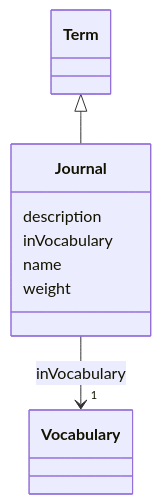
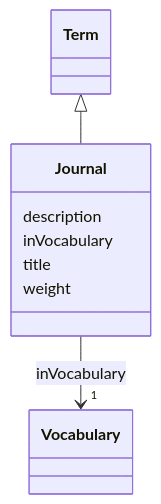
The diagram in models/docs/Journal.md (EVORA-project/evora-ontology), drawn with Mermaid before and after one commit. The commit also changed other lines of this file and 435 other files, not shown here.

````diff
--- a/models/docs/Journal.md
+++ b/models/docs/Journal.md
@@ -19,24 +19,24 @@
 ```mermaid
  classDiagram
     class Journal
     click Journal href "../Journal"
       Term <|-- Journal
         click Term href "../Term"
       
       Journal : description
         
       Journal : inVocabulary
         
           
     
     
     Journal --> "1" Vocabulary : inVocabulary
     click Vocabulary href "../Vocabulary"
 
         
-      Journal : name
+      Journal : title
         
       Journal : weight
         
       
 ```
````
